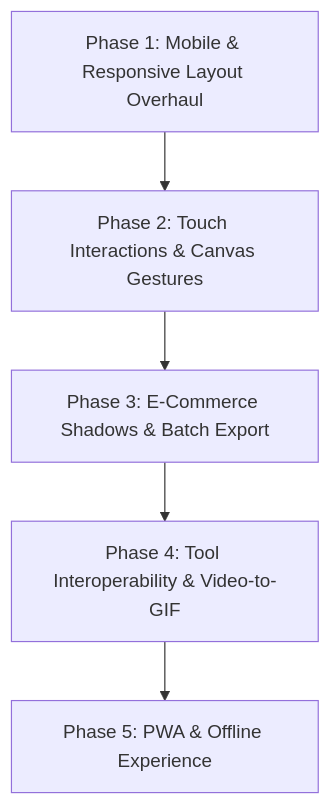
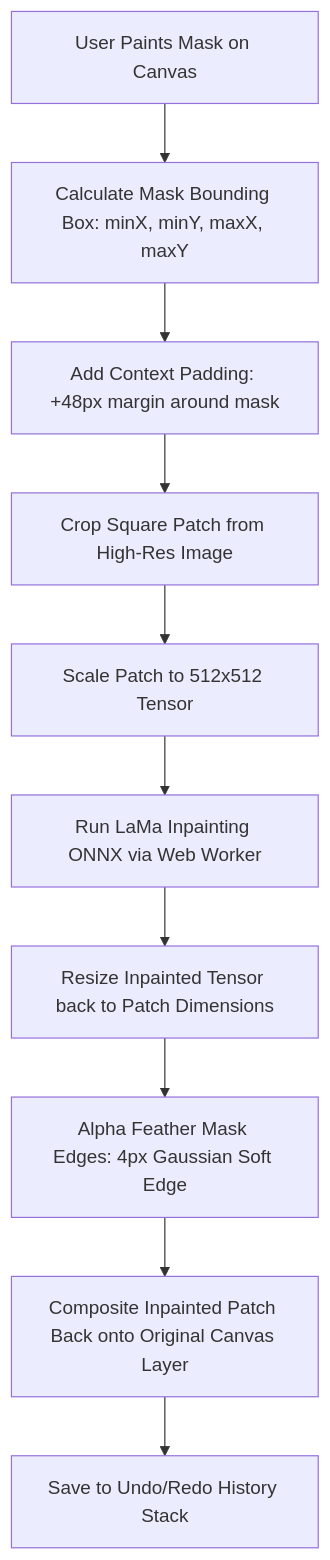
The diagram in plan.md (chandanyadav868/ai-rag-app), drawn with Mermaid before and after one commit. The commit also changed other lines of this file and 8 other files, not shown here.

Commit message:
feat(ai): implement client-side Neural Magic Eraser with Web Worker and interactive studio

````diff
--- a/plan.md
+++ b/plan.md
@@ -216,7 +53,12 @@
 ```mermaid
 graph TD
-    A[Phase 1: Mobile & Responsive Layout Overhaul] --> B[Phase 2: Touch Interactions & Canvas Gestures]
-    B --> C[Phase 3: E-Commerce Shadows & Batch Export]
-    C --> D[Phase 4: Tool Interoperability & Video-to-GIF]
-    D --> E[Phase 5: PWA & Offline Experience]
+    A[User Paints Mask on Canvas] --> B[Calculate Mask Bounding Box: minX, minY, maxX, maxY]
+    B --> C[Add Context Padding: +48px margin around mask]
+    C --> D[Crop Square Patch from High-Res Image]
+    D --> E[Scale Patch to 512x512 Tensor]
+    E --> F[Run LaMa Inpainting ONNX via Web Worker]
+    F --> G[Resize Inpainted Tensor back to Patch Dimensions]
+    G --> H[Alpha Feather Mask Edges: 4px Gaussian Soft Edge]
+    H --> I[Composite Inpainted Patch Back onto Original Canvas Layer]
+    I --> J[Save to Undo/Redo History Stack]
 ```
````
